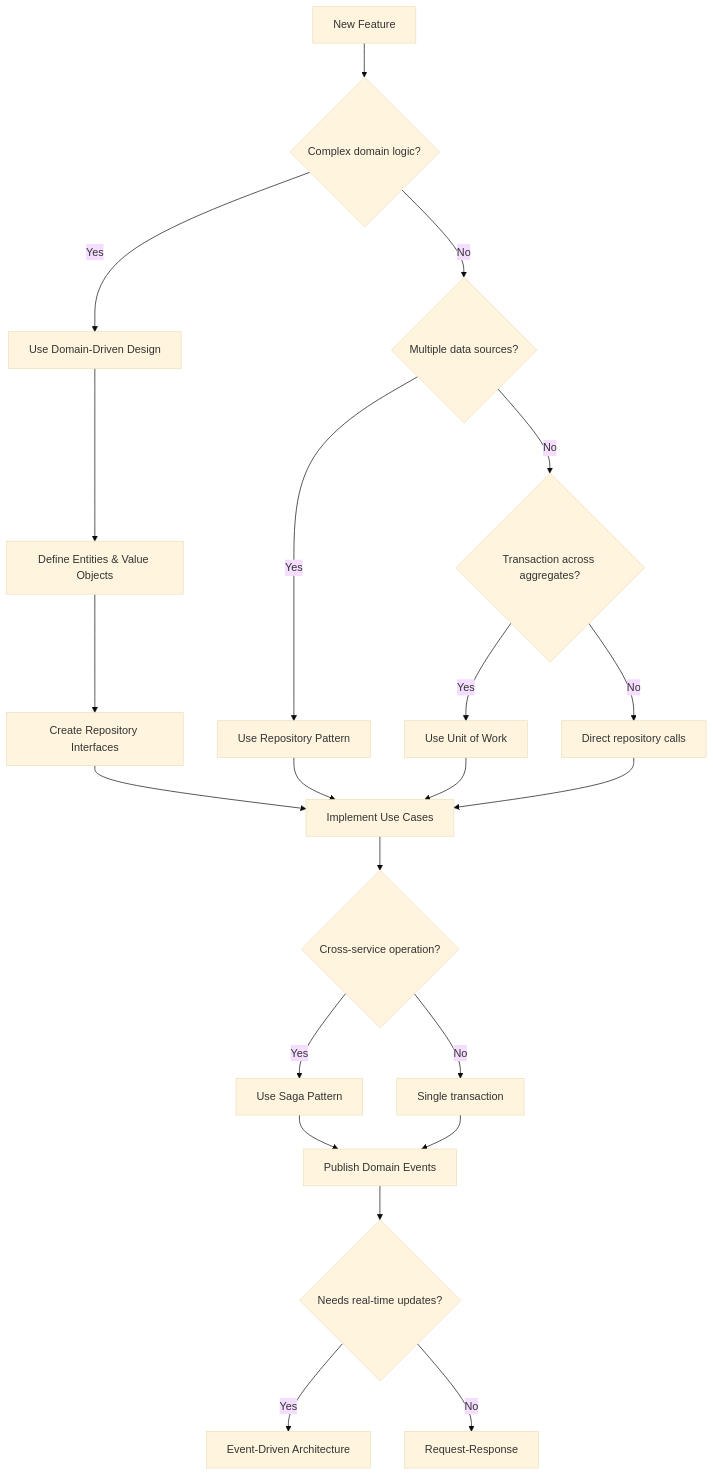
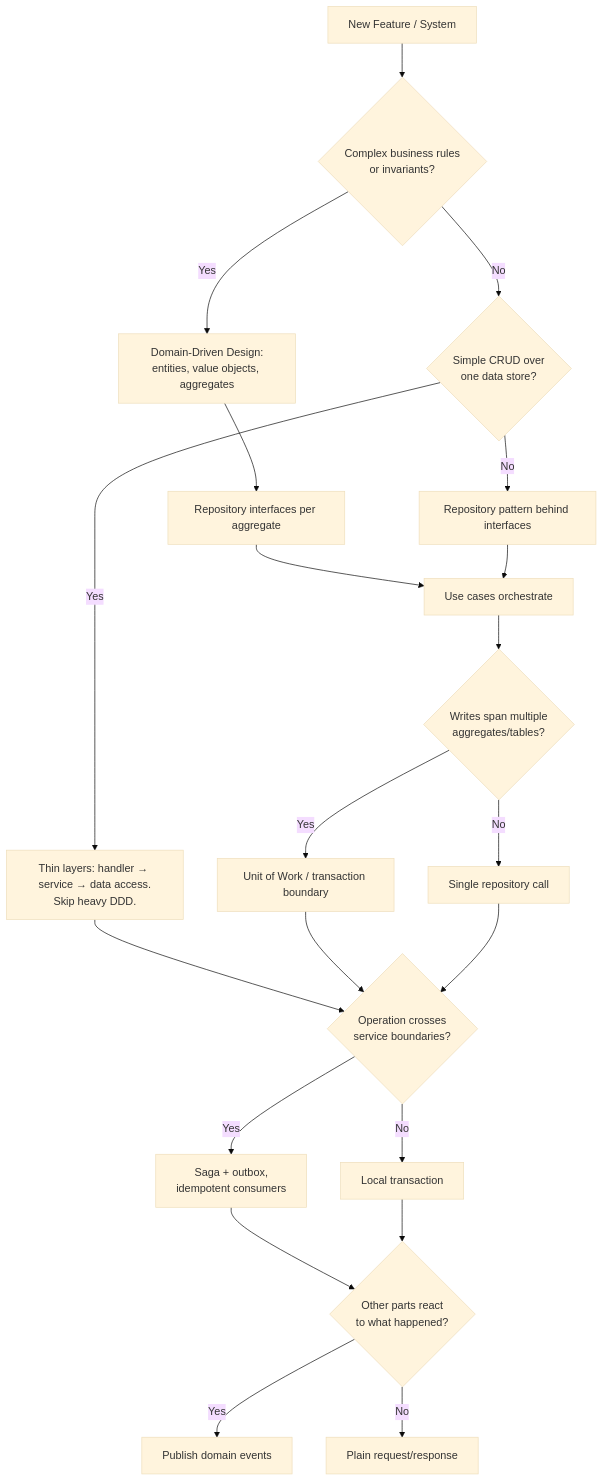
One commit to ManzarIMalik/my-agent-skills changed the diagram in software-architecture/SKILL.md. Above: the diagram before and after it, drawn with Mermaid (base theme). The commit also changed other lines of this file and 15 other files, not shown here.

First line of the commit message:
refactor: make software-architecture skill language-agnostic

````diff
--- a/software-architecture/SKILL.md
+++ b/software-architecture/SKILL.md
@@ -62,32 +104,29 @@
 ```mermaid
 flowchart TD
-    A[New Feature] --> B{Complex domain logic?}
-    B -->|Yes| C[Use Domain-Driven Design]
-    B -->|No| D{Multiple data sources?}
+    A[New Feature / System] --> B{Complex business rules<br/>or invariants?}
+    B -->|Yes| C[Domain-Driven Design:<br/>entities, value objects, aggregates]
+    B -->|No| D{Simple CRUD over<br/>one data store?}
 
-    C --> E[Define Entities & Value Objects]
-    E --> F[Create Repository Interfaces]
-    F --> G[Implement Use Cases]
+    D -->|Yes| S[Thin layers: handler → service → data access.<br/>Skip heavy DDD.]
+    D -->|No| H[Repository pattern behind interfaces]
 
-    D -->|Yes| H[Use Repository Pattern]
-    D -->|No| I{Transaction across aggregates?}
+    C --> E[Repository interfaces per aggregate]
+    E --> G[Use cases orchestrate]
+    H --> G
+    S --> L
 
-    H --> G
+    G --> I{Writes span multiple<br/>aggregates/tables?}
+    I -->|Yes| J[Unit of Work / transaction boundary]
+    I -->|No| K[Single repository call]
+    J --> L
+    K --> L
 
-    I -->|Yes| J[Use Unit of Work]
-    I -->|No| K[Direct repository calls]
+    L{Operation crosses<br/>service boundaries?}
+    L -->|Yes| M[Saga + outbox,<br/>idempotent consumers]
+    L -->|No| N[Local transaction]
 
-    J --> G
-    K --> G
-
-    G --> L{Cross-service operation?}
-    L -->|Yes| M[Use Saga Pattern]
-    L -->|No| N[Single transaction]
-
-    M --> O[Publish Domain Events]
+    M --> O{Other parts react<br/>to what happened?}
     N --> O
-
-    O --> P{Needs real-time updates?}
-    P -->|Yes| Q[Event-Driven Architecture]
-    P -->|No| R[Request-Response]
+    O -->|Yes| Q[Publish domain events]
+    O -->|No| R[Plain request/response]
 ```
````
